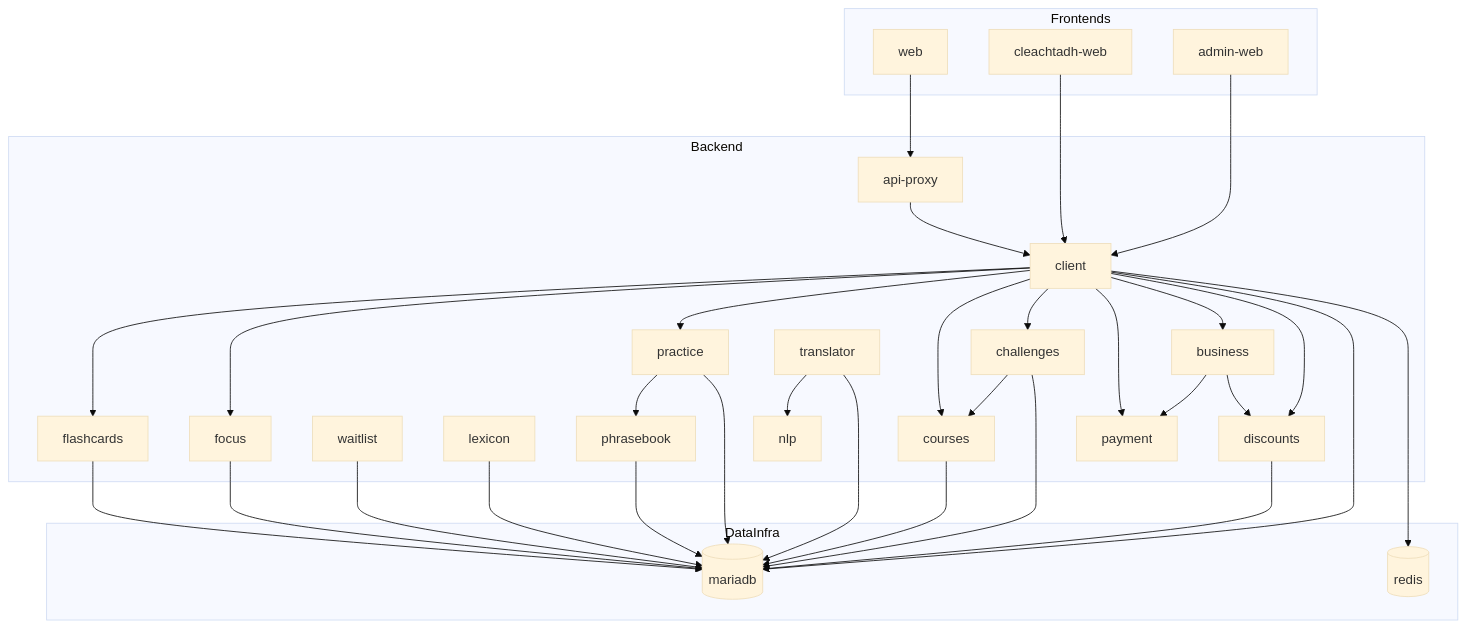
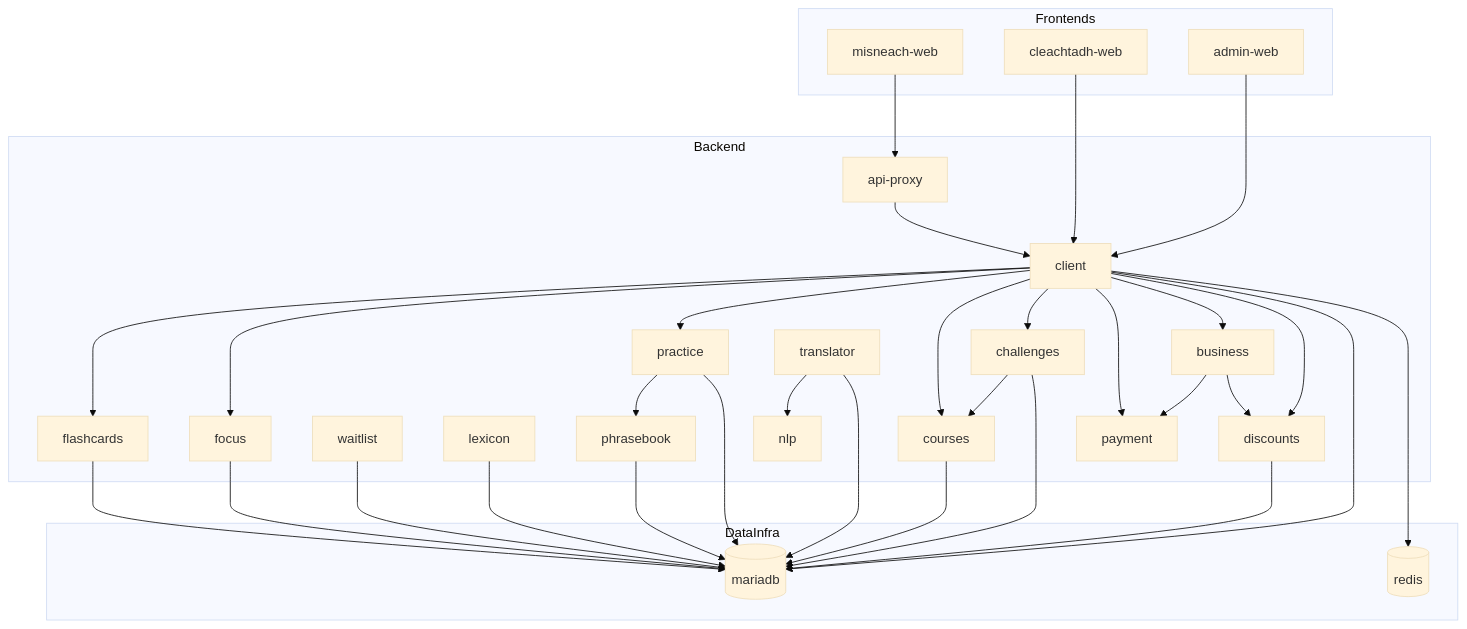
One commit to athbheochan-labs/misneach changed the second of 2 diagrams in docs/architecture.md. Above: the diagram before and after it, drawn with Mermaid (base theme). The commit also changed other lines of this file and 14 other files, not shown here.

````diff
--- a/docs/architecture.md
+++ b/docs/architecture.md
@@ -20,64 +20,64 @@
 ```mermaid
 flowchart TB
   subgraph Frontends
-    web[web]
+    web[misneach-web]
     appweb[cleachtadh-web]
     adminweb[admin-web]
   end
 
   subgraph Backend
     apiproxy[api-proxy]
     client[client]
     business[business]
     payment[payment]
     discounts[discounts]
     waitlist[waitlist]
     lexicon[lexicon]
     phrasebook[phrasebook]
     flashcards[flashcards]
     focus[focus]
     practice[practice]
     courses[courses]
     challenges[challenges]
     translator[translator]
     nlp[nlp]
   end
 
   subgraph DataInfra
     mariadb[(mariadb)]
     redis[(redis)]
   end
 
   web --> apiproxy
   appweb --> client
   adminweb --> client
   apiproxy --> client
 
   client --> flashcards
   client --> focus
   client --> practice
   client --> courses
   client --> challenges
   client --> payment
   client --> business
   client --> discounts
 
   business --> payment
   business --> discounts
   practice --> phrasebook
   challenges --> courses
   translator --> nlp
 
   client --> mariadb
   client --> redis
   lexicon --> mariadb
   phrasebook --> mariadb
   flashcards --> mariadb
   focus --> mariadb
   practice --> mariadb
   courses --> mariadb
   challenges --> mariadb
   discounts --> mariadb
   waitlist --> mariadb
   translator --> mariadb
 ```
````
